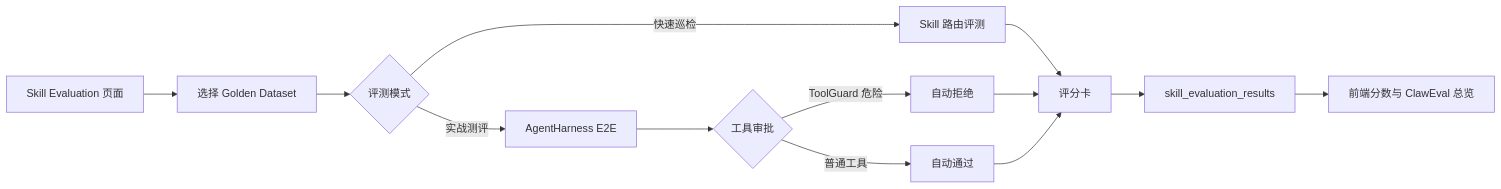
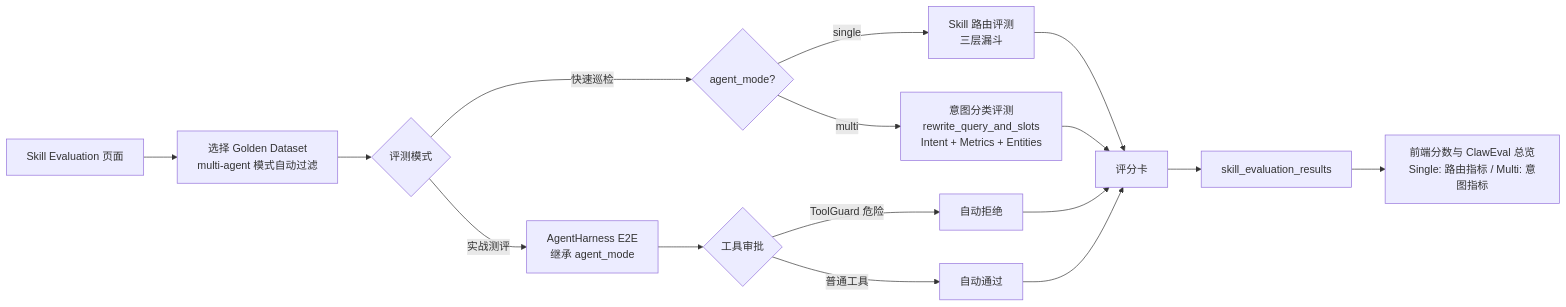
Before and after one commit to YachuanWzh/huamulan-agent: the third of 3 diagrams in README.md, drawn with Mermaid. The commit also changed other lines of this file and 8 other files, not shown here.

First line of the commit message:
feat(evaluation): 支持 Multi-agent 模式的快速巡检与数据集过滤

````diff
--- a/README.md
+++ b/README.md
@@ -572,15 +582,18 @@
 ```mermaid
 flowchart LR
-    UI["Skill Evaluation 页面"] --> DS["选择 Golden Dataset"]
+    UI["Skill Evaluation 页面"] --> DS["选择 Golden Dataset<br/>multi-agent 模式自动过滤"]
     DS --> MODE{"评测模式"}
-    MODE -->|"快速巡检"| ROUTE["Skill 路由评测"]
-    MODE -->|"实战测评"| E2E["AgentHarness E2E"]
+    MODE -->|"快速巡检"| AGENT{"agent_mode?"}
+    AGENT -->|"single"| ROUTE["Skill 路由评测<br/>三层漏斗"]
+    AGENT -->|"multi"| INTENT["意图分类评测<br/>rewrite_query_and_slots<br/>Intent + Metrics + Entities"]
+    MODE -->|"实战测评"| E2E["AgentHarness E2E<br/>继承 agent_mode"]
     E2E --> APPROVAL{"工具审批"}
     APPROVAL -->|"ToolGuard 危险"| DENY["自动拒绝"]
     APPROVAL -->|"普通工具"| ALLOW["自动通过"]
     ROUTE --> SCORE["评分卡"]
+    INTENT --> SCORE
     DENY --> SCORE
     ALLOW --> SCORE
     SCORE --> DB["skill_evaluation_results"]
-    DB --> FE["前端分数与 ClawEval 总览"]
+    DB --> FE["前端分数与 ClawEval 总览<br/>Single: 路由指标 / Multi: 意图指标"]
 ```
````
